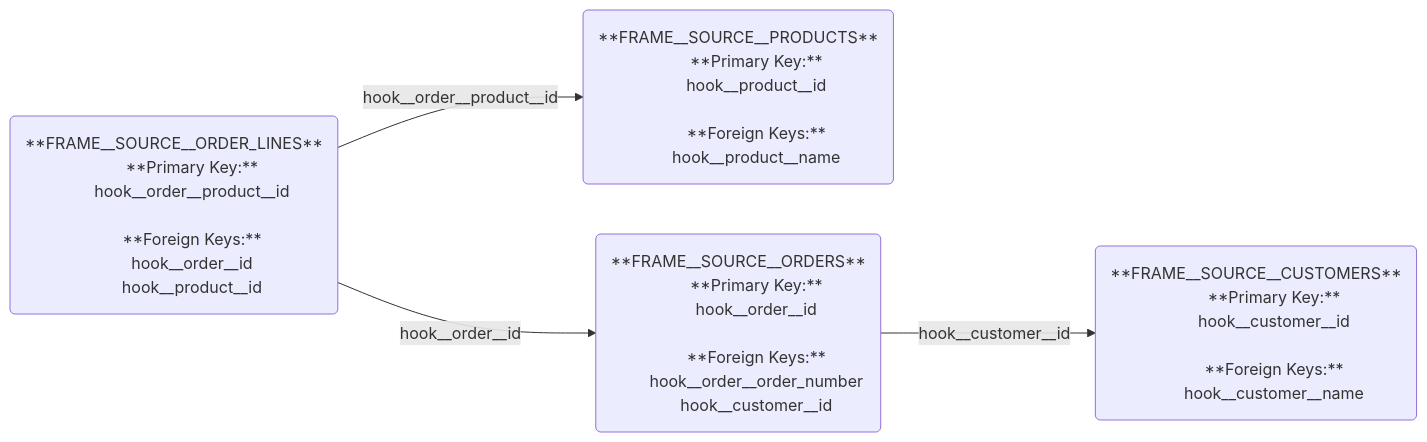
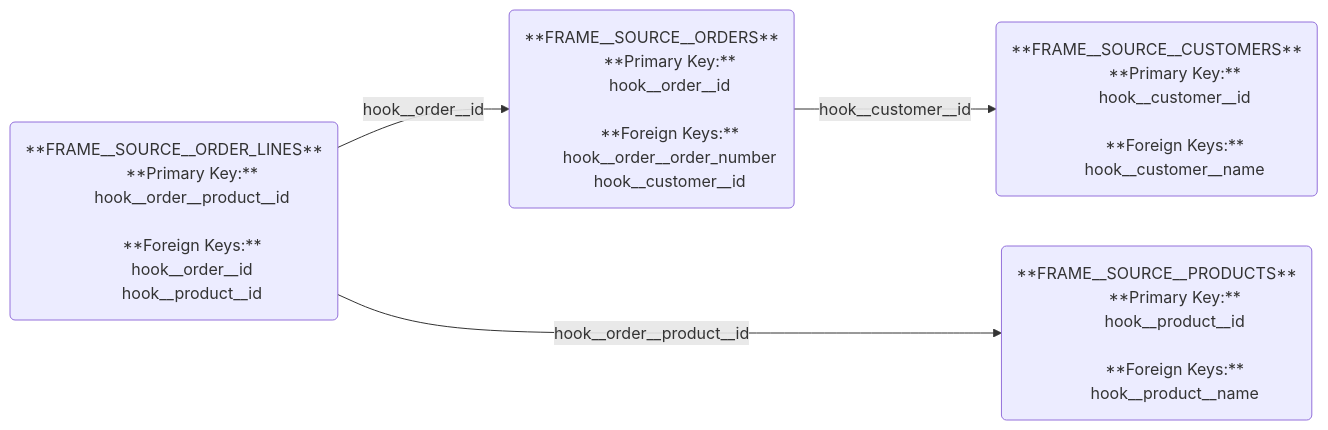
One commit to mattiasthalen/hook-forge changed the first of 2 diagrams in test/fixtures/documentation.md. Above: the diagram before and after it, drawn with Mermaid. The commit also changed other lines of this file, not shown here.

Commit message:
Fix mermaid diagram syntax and update source labels in documentation

````diff
--- a/test/fixtures/documentation.md
+++ b/test/fixtures/documentation.md
@@ -4,48 +4,48 @@
 ```mermaid
 flowchart LR
     %% Entities
     frame__source__products("
         **FRAME__SOURCE__PRODUCTS**
         **Primary Key:**
         hook__product__id
         &nbsp;
         **Foreign Keys:**
         hook__product__name
     ")
 
     frame__source__customers("
         **FRAME__SOURCE__CUSTOMERS**
         **Primary Key:**
         hook__customer__id
         &nbsp;
         **Foreign Keys:**
         hook__customer__name
     ")
 
     frame__source__orders("
         **FRAME__SOURCE__ORDERS**
         **Primary Key:**
         hook__order__id
         &nbsp;
         **Foreign Keys:**
         hook__order__order_number
         hook__customer__id
     ")
 
     frame__source__order_lines("
         **FRAME__SOURCE__ORDER_LINES**
         **Primary Key:**
         hook__order__product__id
         &nbsp;
         **Foreign Keys:**
         hook__order__id
         hook__product__id
     ")
 
     %% Relations
     frame__source__order_lines -- hook__order__id --> frame__source__orders
-    frame__source__order_lines -- hook__order__product__id --> frame__source__products
+    frame__source__order_lines -- hook__order__product__id ---> frame__source__products
 
     frame__source__orders -- hook__customer__id --> frame__source__customers
 
 ```
````
